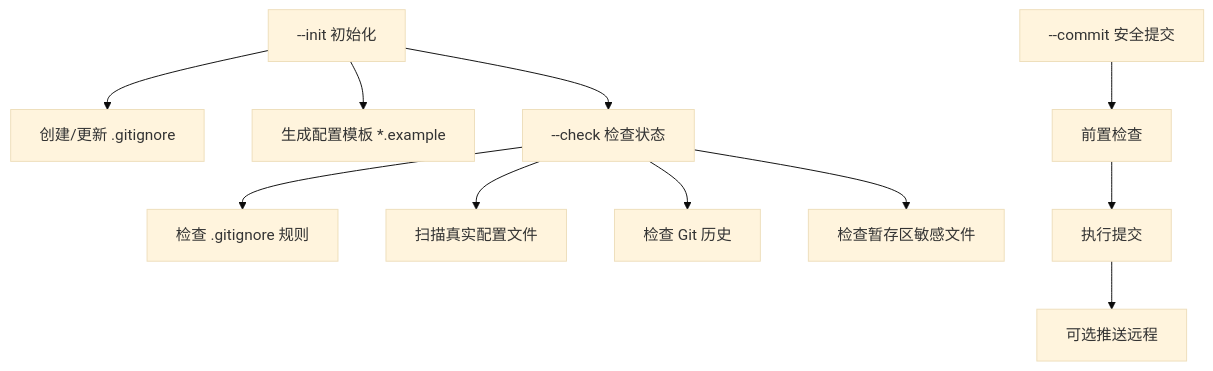
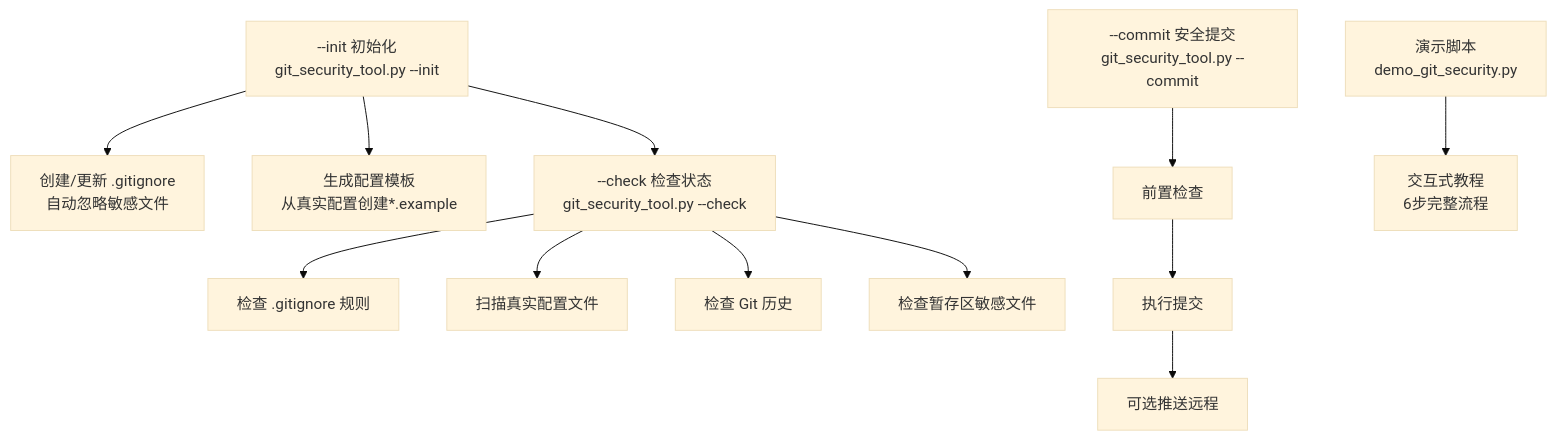
One commit to sd99886/test changed the sixth of 7 diagrams in .qoder/repowiki/zh/content/项目概述.md. Above: the diagram before and after it, drawn with Mermaid (base theme). The commit also changed other lines of this file and 33 other files, not shown here.

Commit message:
chore: 项目结构调整与文档更新 - 新增飞书API客户端、决策评估表、衡石自定义图表模块 - 移除数据分析-for内部、ollma查询等废弃模块 - 更新repowiki文档结构 - 更新maxcompute_notebook SQL文件

````diff
--- a/.qoder/repowiki/zh/content/项目概述.md
+++ b/.qoder/repowiki/zh/content/项目概述.md
@@ -222,13 +365,14 @@
 ```mermaid
 flowchart TD
-Init["--init 初始化"] --> CreateGitignore["创建/更新 .gitignore"]
-Init --> GenTemplate["生成配置模板 *.example"]
-Init --> Check["--check 检查状态"]
+Init["--init 初始化<br/>git_security_tool.py --init"] --> CreateGitignore["创建/更新 .gitignore<br/>自动忽略敏感文件"]
+Init --> GenTemplate["生成配置模板<br/>从真实配置创建*.example"]
+Init --> Check["--check 检查状态<br/>git_security_tool.py --check"]
 Check --> IgnoreRule["检查 .gitignore 规则"]
 Check --> ConfigFiles["扫描真实配置文件"]
 Check --> GitHistory["检查 Git 历史"]
 Check --> StagedFiles["检查暂存区敏感文件"]
-SafeCommit["--commit 安全提交"] --> PreCheck["前置检查"]
+SafeCommit["--commit 安全提交<br/>git_security_tool.py --commit"] --> PreCheck["前置检查"]
 PreCheck --> Commit["执行提交"]
 Commit --> Push["可选推送远程"]
+Demo["演示脚本<br/>demo_git_security.py"] --> InteractiveTutorial["交互式教程<br/>6步完整流程"]
 ```
````
